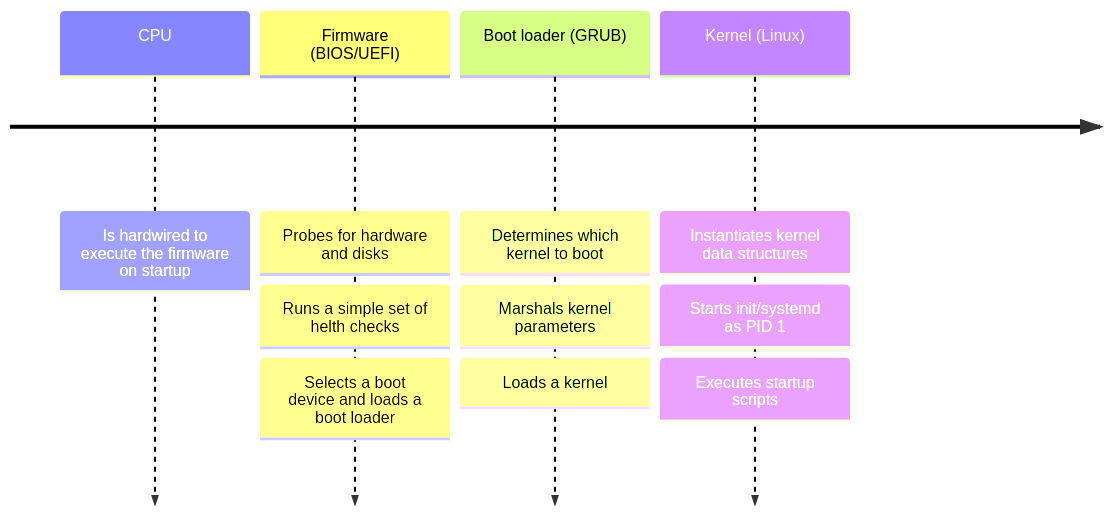
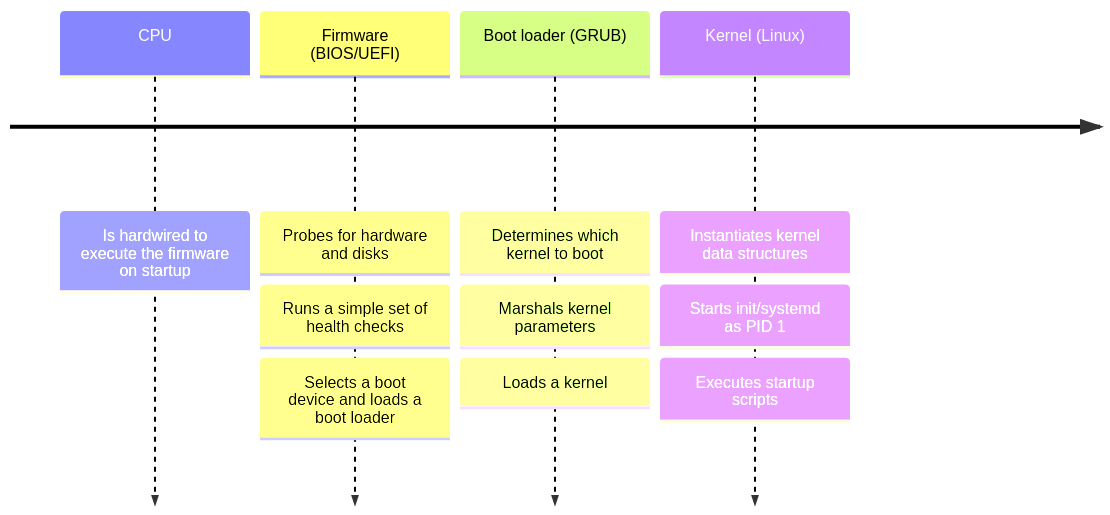
Before and after one commit to fglmtt/admin: the fourth of 5 diagrams in lectures/6-booting-and-system-management-daemons.md, drawn with Mermaid. The commit also changed other lines of this file, not shown here.

````diff
--- a/lectures/6-booting-and-system-management-daemons.md
+++ b/lectures/6-booting-and-system-management-daemons.md
@@ -332,13 +329,13 @@
 ```mermaid
 timeline
 	CPU : Is hardwired to execute the firmware on startup
 	Firmware (BIOS/UEFI) : Probes for hardware and disks
-		: Runs a simple set of helth checks
+		: Runs a simple set of health checks
 		: Selects a boot device and loads a boot loader
 	Boot loader (GRUB) : Determines which kernel to boot
     	: Marshals kernel parameters
     	: Loads a kernel
 	Kernel (Linux) : Instantiates kernel data structures
     	: Starts init/systemd as PID 1
     	: Executes startup scripts
 ```
````
